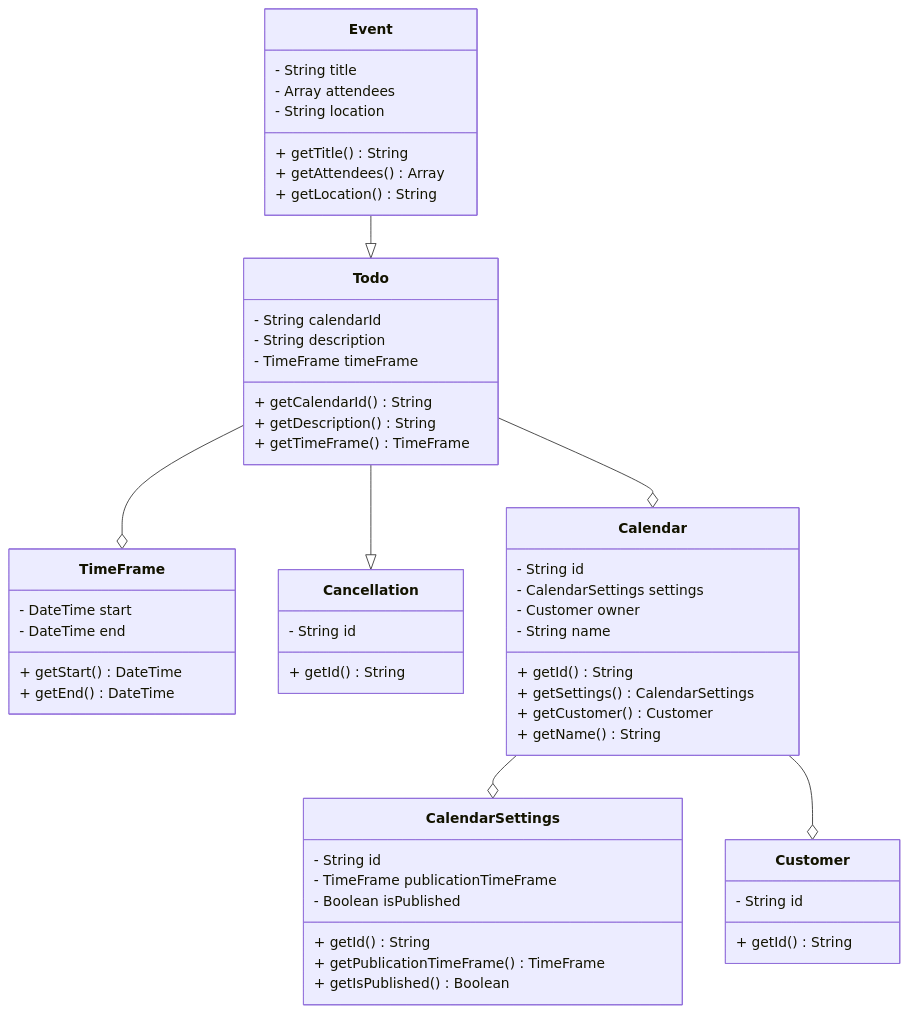
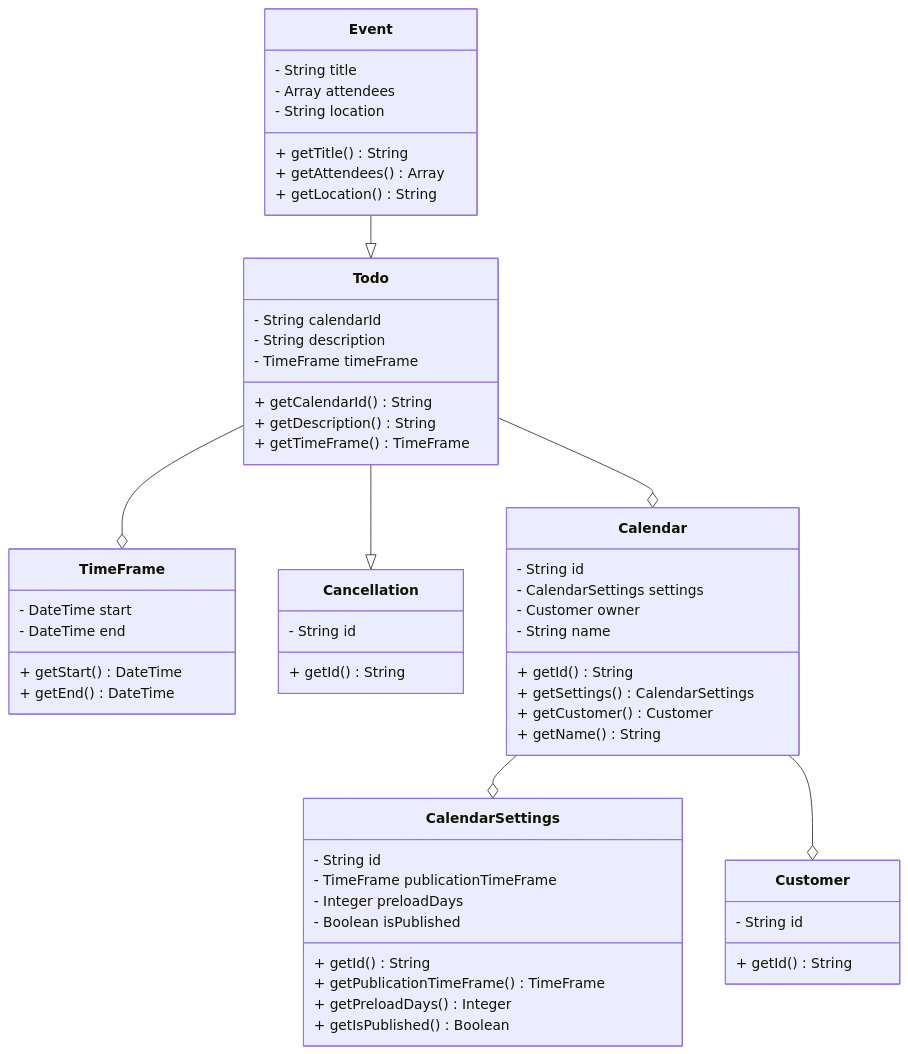
Before and after one commit to GHopperMSK/schedule-manager: the second of 7 diagrams in README.md, drawn with Mermaid. The commit also changed other lines of this file, not shown here.

````diff
--- a/README.md
+++ b/README.md
@@ -122,59 +125,61 @@
 ```mermaid
 classDiagram
     class TimeFrame {
         - DateTime start
         - DateTime end
         + getStart() DateTime
         + getEnd() DateTime
     }
     class Cancellation {
         - String id
         + getId() String
     }
     class Todo {
         - String calendarId
         - String description
         - TimeFrame timeFrame
         + getCalendarId() String
         + getDescription() String
         + getTimeFrame() TimeFrame
     }
     class Event {
         - String title
         - Array attendees
         - String location
         + getTitle() String
         + getAttendees() Array
         + getLocation() String
     }
     class Customer {
         - String id
         + getId() String
     }
     class Calendar {
         - String id
         - CalendarSettings settings
         - Customer owner
         - String name
         + getId() String
         + getSettings() CalendarSettings
         + getCustomer() Customer
         + getName() String
     }
     class CalendarSettings {
         - String id
         - TimeFrame publicationTimeFrame
+        - Integer preloadDays
         - Boolean isPublished
         + getId() String
         + getPublicationTimeFrame() TimeFrame
+        + getPreloadDays() Integer
         + getIsPublished() Boolean
     }
 
     Todo --o TimeFrame
     Todo --o Calendar
     Todo --|> Cancellation
     Event --|> Todo
     Calendar --o CalendarSettings
 
     Calendar --o Customer
 ```
````
